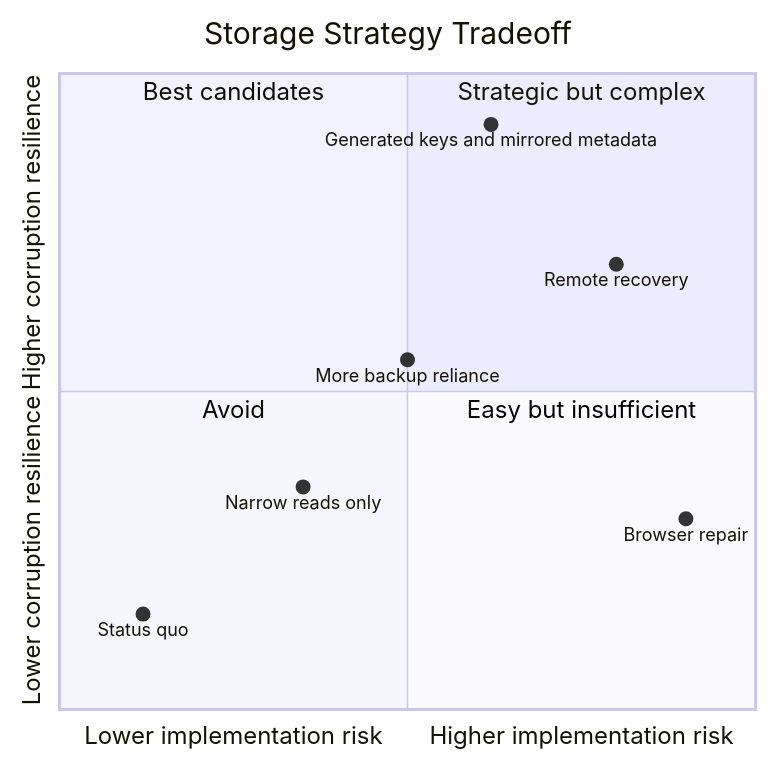
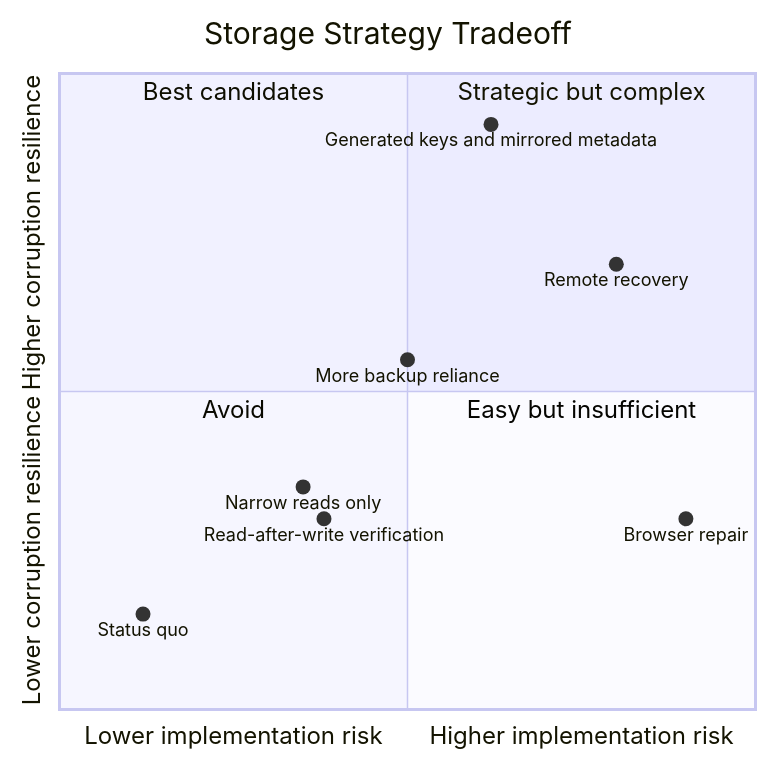
One commit to MetaMask/metamask-extension changed the eighth of 9 diagrams in extension-stability-adr-draft.md. Above: the diagram before and after it, drawn with Mermaid. The commit also changed other lines of this file, not shown here.

````diff
--- a/extension-stability-adr-draft.md
+++ b/extension-stability-adr-draft.md
@@ -462,16 +532,17 @@
 ```mermaid
 quadrantChart
   title Storage Strategy Tradeoff
   x-axis Lower implementation risk --> Higher implementation risk
   y-axis Lower corruption resilience --> Higher corruption resilience
   quadrant-1 Strategic but complex
   quadrant-2 Best candidates
   quadrant-3 Avoid
   quadrant-4 Easy but insufficient
   Status quo: [0.12, 0.15]
   Narrow reads only: [0.35, 0.35]
+  Read-after-write verification: [0.38, 0.30]
   More backup reliance: [0.50, 0.55]
   Remote recovery: [0.80, 0.70]
   Generated keys and mirrored metadata: [0.62, 0.92]
   Browser repair: [0.90, 0.30]
 ```
````
